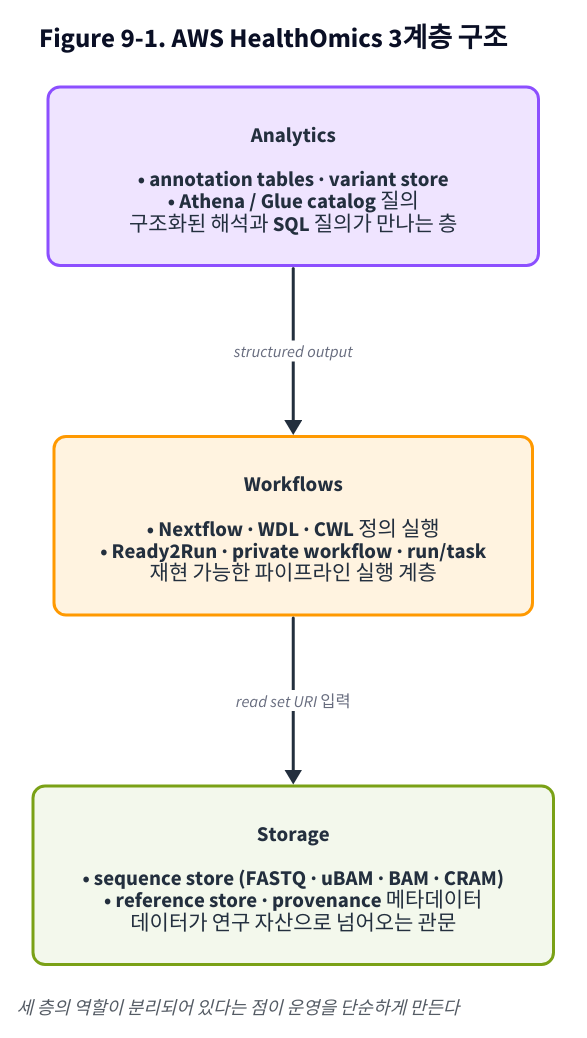
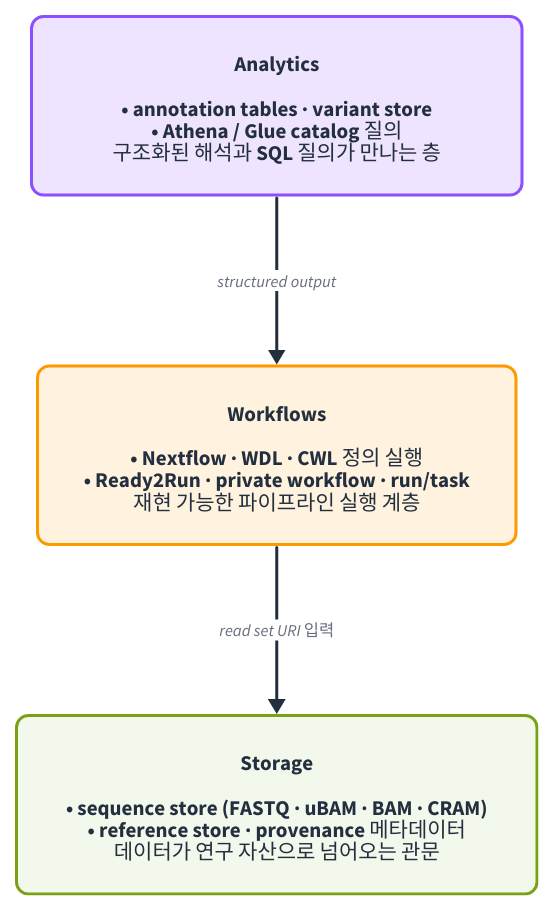
One commit to chaek-union/cloud-computing-ai-omics changed the diagram in images/ch9_fig1_healthomics_layers.d2. Above: the diagram before and after it, drawn with D2. The commit also changed 30 other files, not shown here.

```diff
--- a/images/ch9_fig1_healthomics_layers.d2
+++ b/images/ch9_fig1_healthomics_layers.d2
@@ -1,60 +1,43 @@
-title: |md
-  **Figure 9-1. AWS HealthOmics 3계층 구조**
-| {
-  near: top-center
-  shape: text
-  style.font-size: 18
-}
-
 direction: down
 
 analytics: {
   label: "Analytics\n\n• annotation tables · variant store\n• Athena / Glue catalog 질의\n구조화된 해석과 SQL 질의가 만나는 층"
   style.fill: "#EFE4FF"
   style.stroke: "#8C4FFF"
   style.stroke-width: 2
   style.border-radius: 8
   style.font-size: 14
   style.font-color: "#232F3E"
 }
 
 workflows: {
   label: "Workflows\n\n• Nextflow · WDL · CWL 정의 실행\n• Ready2Run · private workflow · run/task\n재현 가능한 파이프라인 실행 계층"
   style.fill: "#FFF3E0"
   style.stroke: "#FF9900"
   style.stroke-width: 2
   style.border-radius: 8
   style.font-size: 14
   style.font-color: "#232F3E"
 }
 
 storage: {
   label: "Storage\n\n• sequence store (FASTQ · uBAM · BAM · CRAM)\n• reference store · provenance 메타데이터\n데이터가 연구 자산으로 넘어오는 관문"
   style.fill: "#F3F8EC"
   style.stroke: "#7AA116"
   style.stroke-width: 2
   style.border-radius: 8
   style.font-size: 14
   style.font-color: "#232F3E"
 }
 
 analytics -> workflows: "structured output" {
   style.stroke: "#232F3E"
   style.font-size: 11
   style.italic: true
 }
 
 workflows -> storage: "read set URI 입력" {
   style.stroke: "#232F3E"
   style.font-size: 11
   style.italic: true
 }
-
-note: |md
-  _세 층의 역할이 분리되어 있다는 점이 운영을 단순하게 만든다_
-| {
-  near: bottom-center
-  shape: text
-  style.font-size: 12
-  style.font-color: "#545B64"
-}
```
